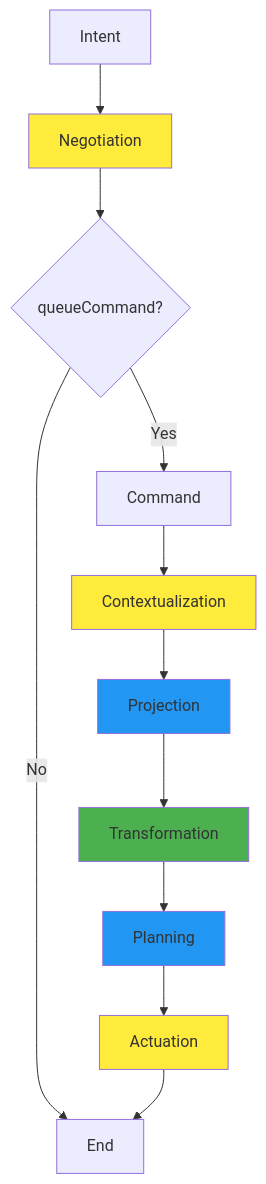
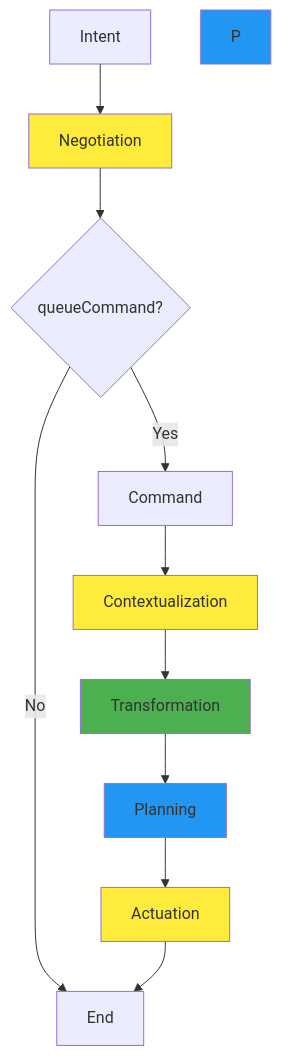
The diagram in docs/arch/architecture.md (industry-digital/flux-game), drawn with Mermaid before and after one commit. The commit also changed other lines of this file and 4 other files, not shown here.

````diff
--- a/docs/arch/architecture.md
+++ b/docs/arch/architecture.md
@@ -98,20 +98,19 @@
 ```mermaid
 graph TD
     I[Intent] --> N[Negotiation]
     N --> Q{queueCommand?}
     Q -->|Yes| C[Command]
     Q -->|No| END[End]
     C --> CTX[Contextualization]
-    CTX --> P[Projection]
-    P --> T[Transformation]
+    CTX --> T[Transformation]
     T --> PL[Planning]
     PL --> A[Actuation]
     A --> END
 
     style N fill:#ffeb3b
     style CTX fill:#ffeb3b
     style P fill:#2196f3
     style T fill:#4caf50
     style PL fill:#2196f3
     style A fill:#ffeb3b
 ```
````
